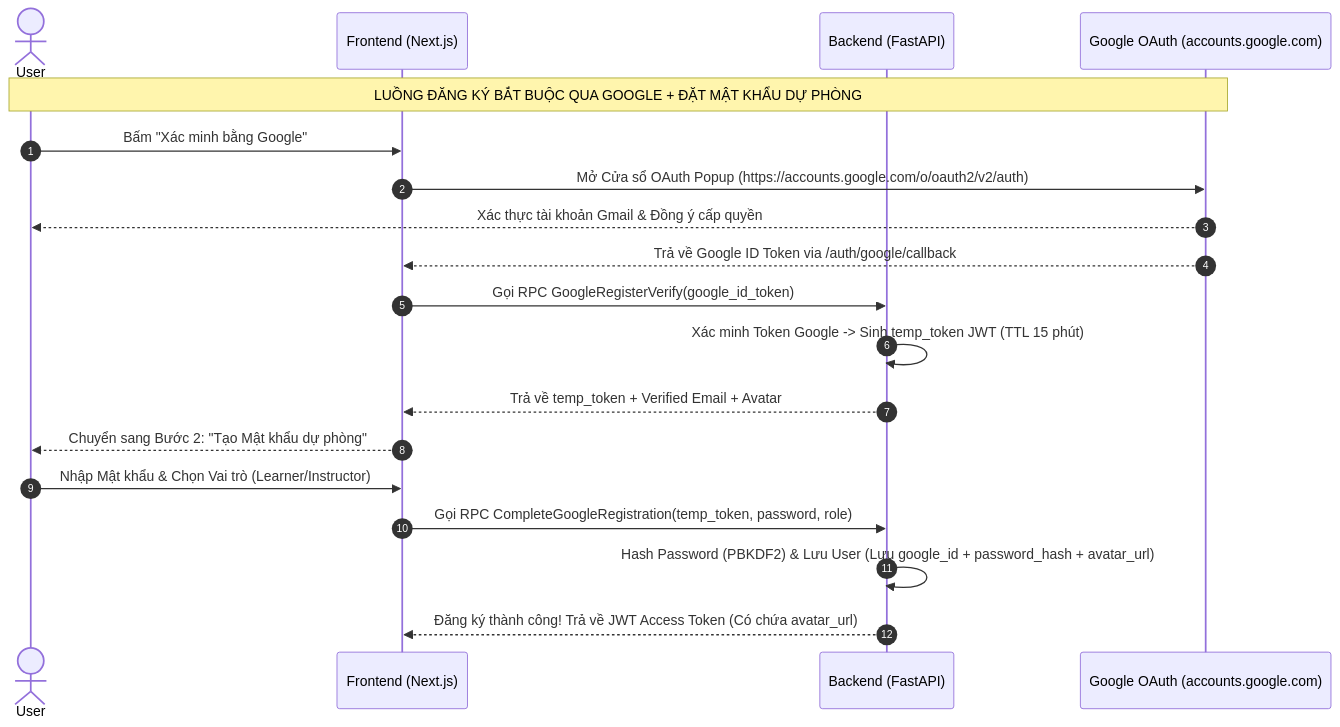
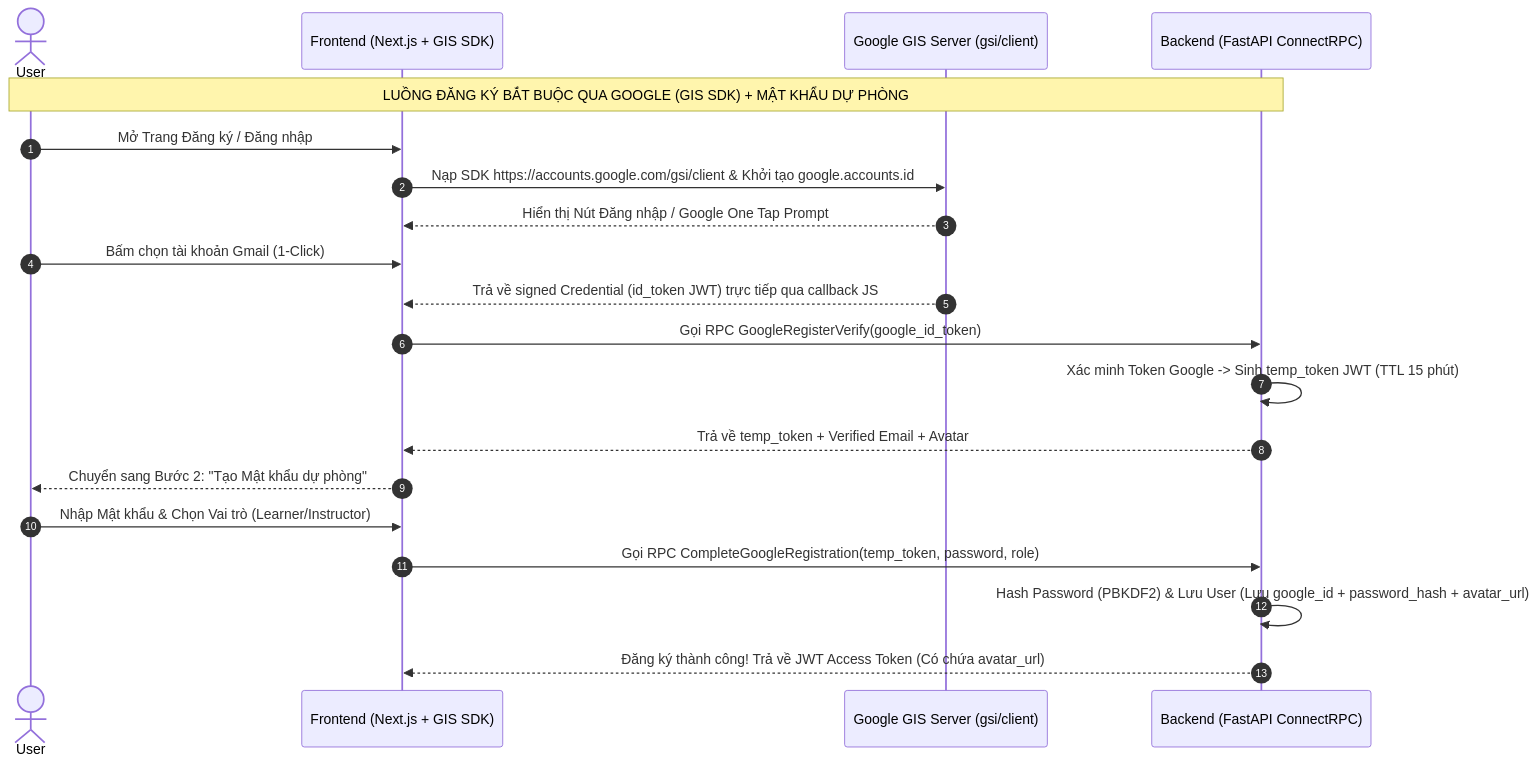
Before and after one commit to tianshi04/lms-ai-study-assistant: the diagram in docs/07_authentication_and_authorization_architecture.md, drawn with Mermaid. The commit also changed other lines of this file and 1 other file, not shown here.

Commit message:
feat(auth): upgrade Google Auth to official Google Identity Services (GIS SDK)

````diff
--- a/docs/07_authentication_and_authorization_architecture.md
+++ b/docs/07_authentication_and_authorization_architecture.md
@@ -90,22 +90,23 @@
 ```mermaid
 sequenceDiagram
     autonumber
     actor User
-    participant FE as Frontend (Next.js)
-    participant BE as Backend (FastAPI)
-    participant GG as Google OAuth (accounts.google.com)
+    participant FE as Frontend (Next.js + GIS SDK)
+    participant GG as Google GIS Server (gsi/client)
+    participant BE as Backend (FastAPI ConnectRPC)
 
-    Note over User, GG: LUỒNG ĐĂNG KÝ BẮT BUỘC QUA GOOGLE + ĐẶT MẬT KHẨU DỰ PHÒNG
-    User->>FE: Bấm "Xác minh bằng Google"
-    FE->>GG: Mở Cửa sổ OAuth Popup (https://accounts.google.com/o/oauth2/v2/auth)
-    GG-->>User: Xác thực tài khoản Gmail & Đồng ý cấp quyền
-    GG-->>FE: Trả về Google ID Token via /auth/google/callback
+    Note over User, BE: LUỒNG ĐĂNG KÝ BẮT BUỘC QUA GOOGLE (GIS SDK) + MẬT KHẨU DỰ PHÒNG
+    User->>FE: Mở Trang Đăng ký / Đăng nhập
+    FE->>GG: Nạp SDK https://accounts.google.com/gsi/client & Khởi tạo google.accounts.id
+    GG-->>FE: Hiển thị Nút Đăng nhập / Google One Tap Prompt
+    User->>FE: Bấm chọn tài khoản Gmail (1-Click)
+    GG-->>FE: Trả về signed Credential (id_token JWT) trực tiếp qua callback JS
     FE->>BE: Gọi RPC GoogleRegisterVerify(google_id_token)
     BE->>BE: Xác minh Token Google -> Sinh temp_token JWT (TTL 15 phút)
     BE-->>FE: Trả về temp_token + Verified Email + Avatar
     FE-->>User: Chuyển sang Bước 2: "Tạo Mật khẩu dự phòng"
     User->>FE: Nhập Mật khẩu & Chọn Vai trò (Learner/Instructor)
     FE->>BE: Gọi RPC CompleteGoogleRegistration(temp_token, password, role)
     BE->>BE: Hash Password (PBKDF2) & Lưu User (Lưu google_id + password_hash + avatar_url)
     BE-->>FE: Đăng ký thành công! Trả về JWT Access Token (Có chứa avatar_url)
 ```
````
